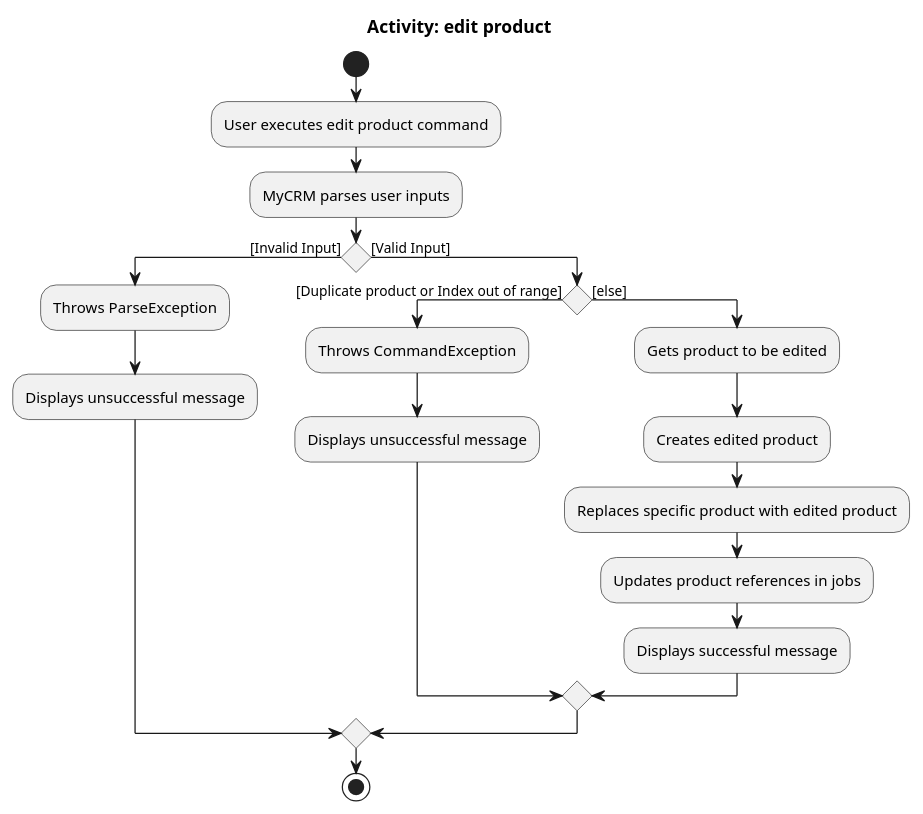
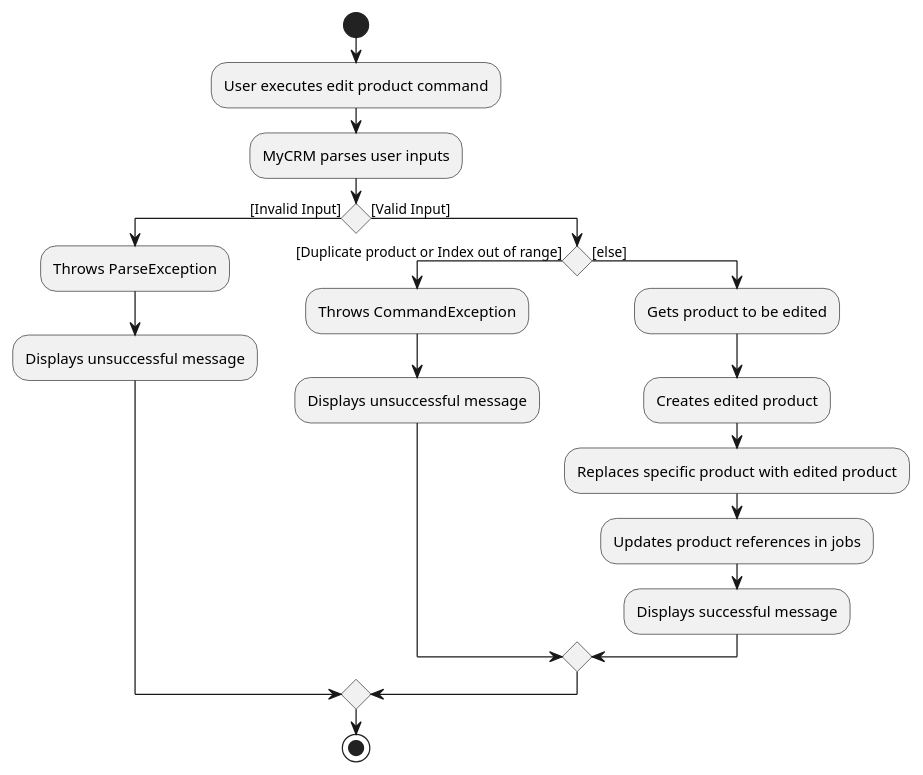
One commit to ooawagaeri/tp changed the diagram in docs/diagrams/product/EditProductActivityDiagram.puml. Above: the diagram before and after it, drawn with PlantUML. The commit also changed 8 other files, not shown here.

Commit message:
DG: Remove diagram headers; add manual test instruction for theme

```diff
--- a/docs/diagrams/product/EditProductActivityDiagram.puml
+++ b/docs/diagrams/product/EditProductActivityDiagram.puml
@@ -1,22 +1,21 @@
 @startuml
 start
-title Activity: edit product
 :User executes edit product command;
 :MyCRM parses user inputs;
 if () then ([Invalid Input])
     :Throws ParseException;
     :Displays unsuccessful message;
 else ([Valid Input])
 if () then ([Duplicate product or Index out of range])
     :Throws CommandException;
     :Displays unsuccessful message;
 else ([else])
     :Gets product to be edited;
     :Creates edited product;
     :Replaces specific product with edited product;
     :Updates product references in jobs;
     :Displays successful message;
 endif
 endif
 stop
 @enduml
```
